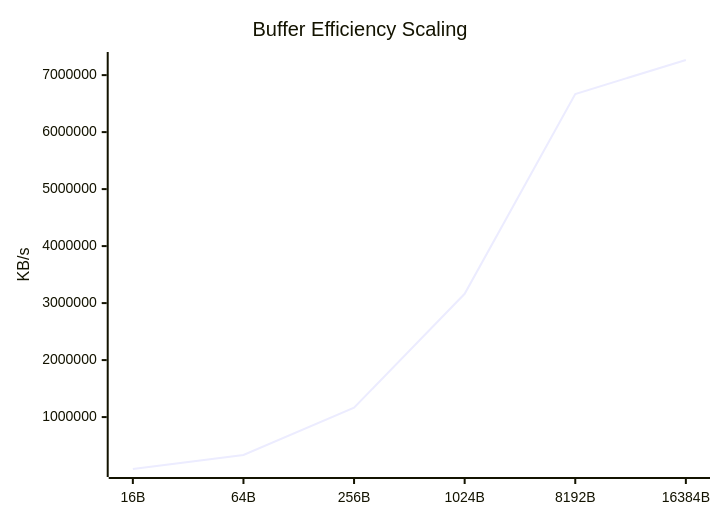
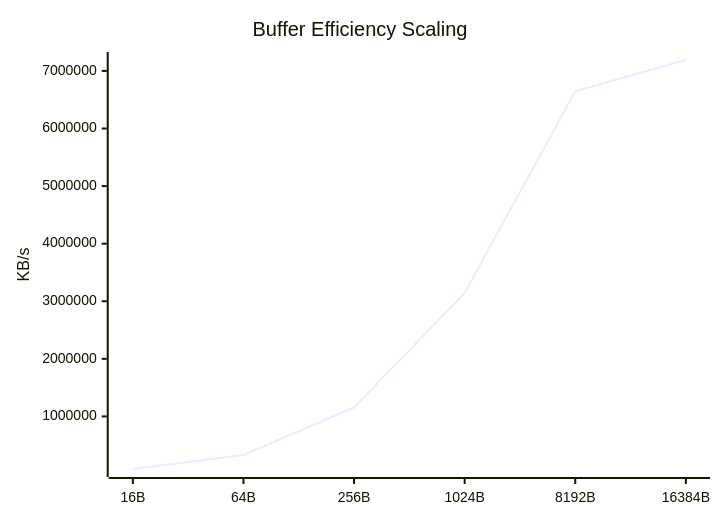
One commit to taha2samy/openssl_fips changed the sixth of 9 diagrams in docs/Comparison_Report.md. Above: the diagram before and after it, drawn with Mermaid. The commit also changed other lines of this file and 2 other files, not shown here.

````diff
--- a/docs/Comparison_Report.md
+++ b/docs/Comparison_Report.md
@@ -102,7 +102,7 @@
 ```mermaid
 xychart-beta
     title "Buffer Efficiency Scaling"
     x-axis [16B, 64B, 256B, 1024B, 8192B, 16384B]
     y-axis "KB/s"
-    line [89059.76, 334870.43, 1164230.76, 3162967.04, 6668414.98, 7265271.81]
+    line [86628.61, 330710.78, 1155406.98, 3145547.26, 6647492.61, 7189815.3]
 ```
````
